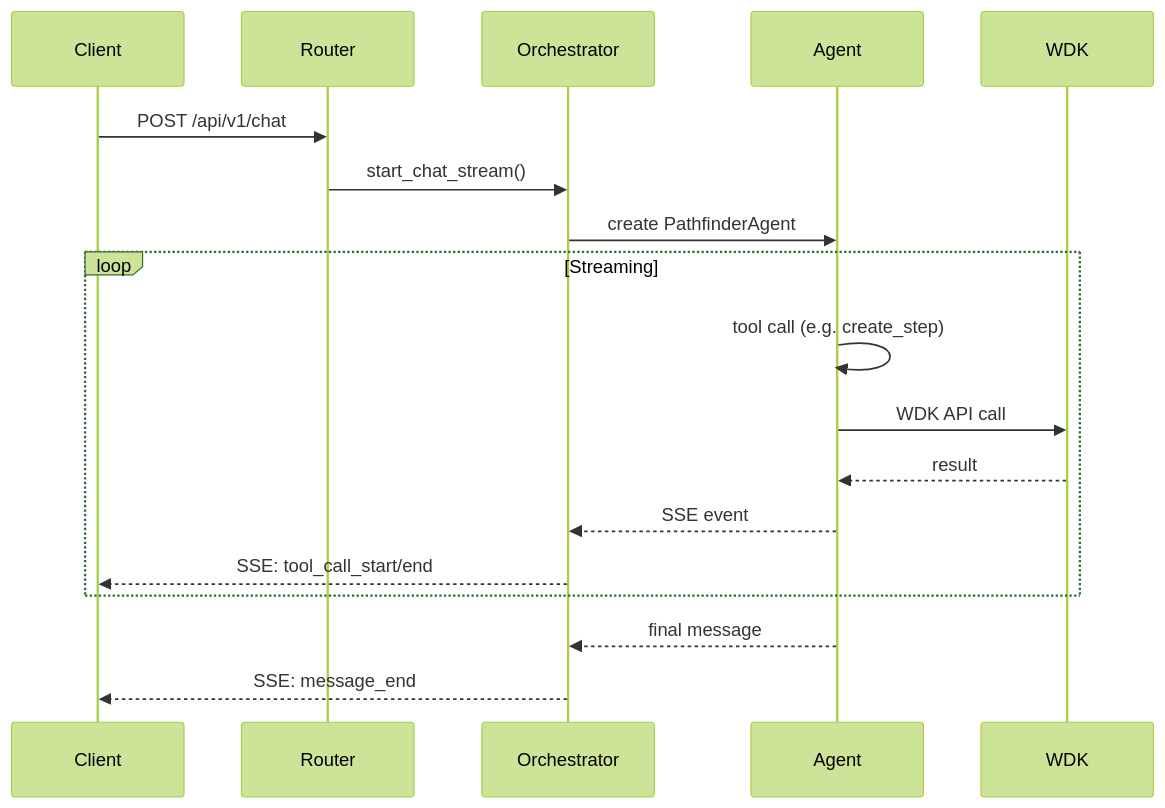
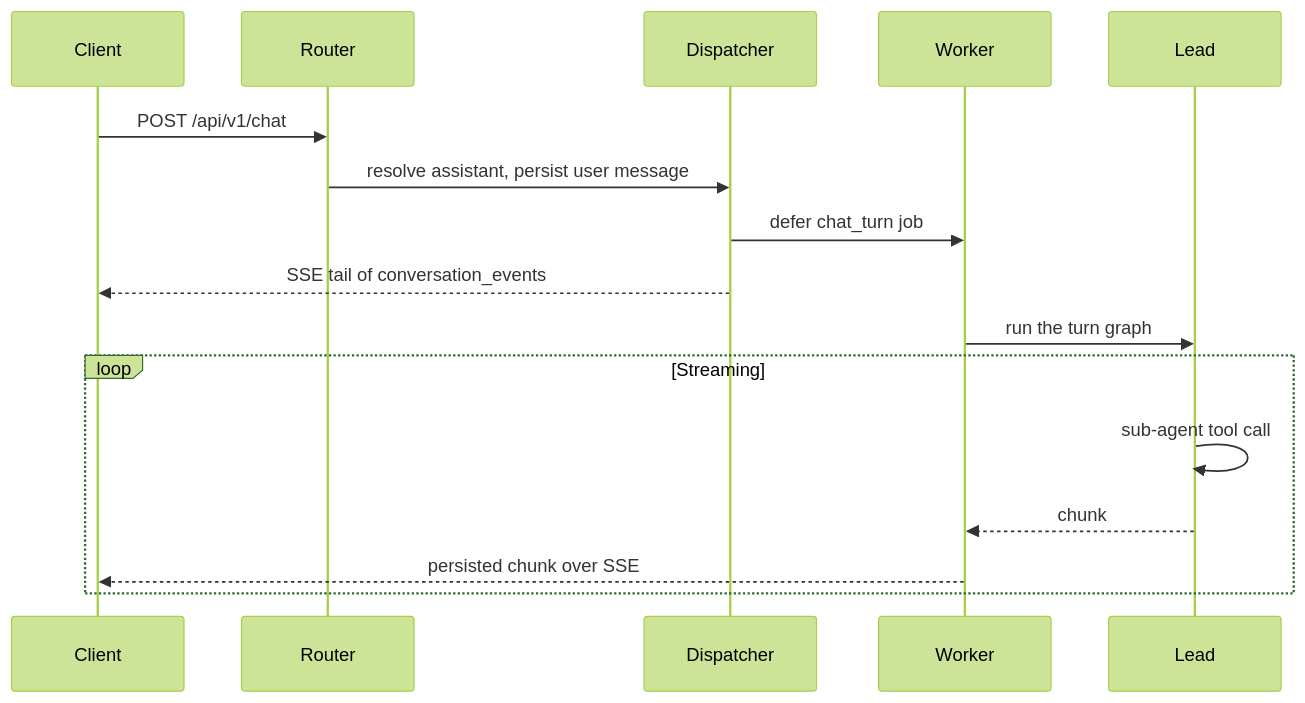
The diagram in apps/api/docs/api/chat.rst (ahmedOmuharram/pathfinder), drawn with Mermaid (forest theme) before and after one commit. The commit also changed other lines of this file and 411 other files, not shown here.

```diff
--- a/apps/api/docs/api/chat.rst
+++ b/apps/api/docs/api/chat.rst
@@ -7,21 +8,19 @@
 .. mermaid::
 
    sequenceDiagram
        participant Client
        participant Router
-       participant Orchestrator
-       participant Agent
-       participant WDK
+       participant Dispatcher
+       participant Worker
+       participant Lead
 
        Client->>Router: POST /api/v1/chat
-       Router->>Orchestrator: start_chat_stream()
-       Orchestrator->>Agent: create PathfinderAgent
+       Router->>Dispatcher: resolve assistant, persist user message
+       Dispatcher->>Worker: defer chat_turn job
+       Dispatcher-->>Client: SSE tail of conversation_events
+       Worker->>Lead: run the turn graph
        loop Streaming
-           Agent->>Agent: tool call (e.g. create_step)
-           Agent->>WDK: WDK API call
-           WDK-->>Agent: result
-           Agent-->>Orchestrator: SSE event
-           Orchestrator-->>Client: SSE: tool_call_start/end
+           Lead->>Lead: sub-agent tool call
+           Lead-->>Worker: chunk
+           Worker-->>Client: persisted chunk over SSE
        end
-       Agent-->>Orchestrator: final message
-       Orchestrator-->>Client: SSE: message_end
```
